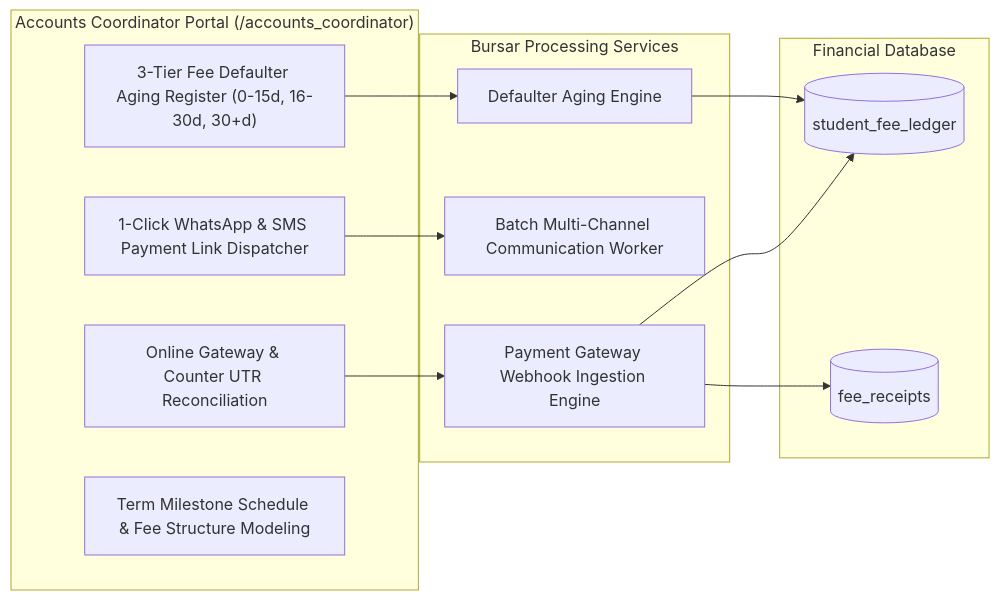
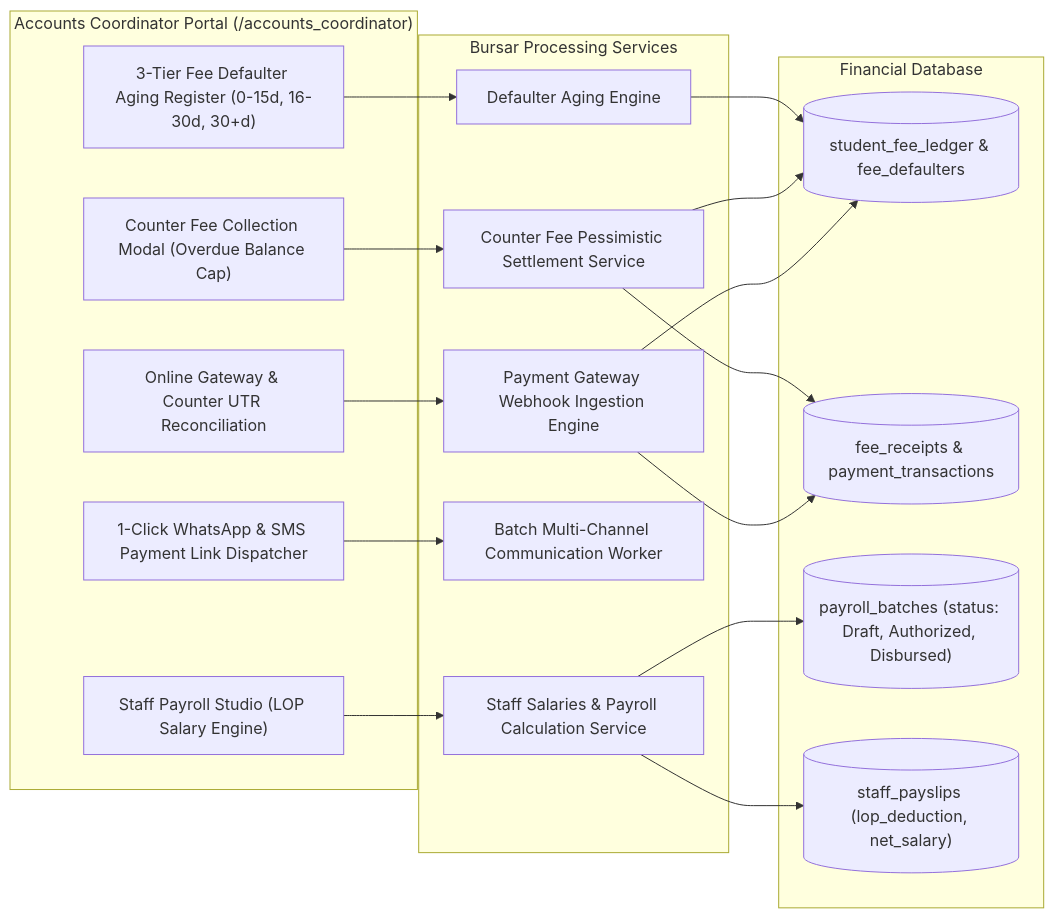
Before and after one commit to DiradzProducts/EDU360: diagram 15 of 19 in docs/architecture/ROLE_WISE_ARCHITECTURE_AND_WORKFLOWS.md, drawn with Mermaid. The commit also changed other lines of this file and 6 other files, not shown here.

Commit message:
docs(architecture): synchronize role-wise workflows with payroll LOP, batch exam schedules, and clock engine (v8.5)

````diff
--- a/docs/architecture/ROLE_WISE_ARCHITECTURE_AND_WORKFLOWS.md
+++ b/docs/architecture/ROLE_WISE_ARCHITECTURE_AND_WORKFLOWS.md
@@ -557,24 +617,31 @@
 ```mermaid
 graph LR
     subgraph AccountsConsole ["Accounts Coordinator Portal (/accounts_coordinator)"]
         UI_AGING_GRID["3-Tier Fee Defaulter Aging Register (0-15d, 16-30d, 30+d)"]
+        UI_COUNTER_POS["Counter Fee Collection Modal (Overdue Balance Cap)"]
+        UI_PAYROLL_STUDIO["Staff Payroll Studio (LOP Salary Engine)"]
         UI_DISPATCH["1-Click WhatsApp & SMS Payment Link Dispatcher"]
         UI_RECON["Online Gateway & Counter UTR Reconciliation"]
-        UI_MILESTONES["Term Milestone Schedule & Fee Structure Modeling"]
     end
 
     subgraph AccountsEngines ["Bursar Processing Services"]
         AGING_CALC["Defaulter Aging Engine"]
+        PAYROLL_ENG["Staff Salaries & Payroll Calculation Service"]
+        COUNTER_COLLECT["Counter Fee Pessimistic Settlement Service"]
         BROADCAST_SVC["Batch Multi-Channel Communication Worker"]
         GATEWAY_RECON["Payment Gateway Webhook Ingestion Engine"]
     end
 
     subgraph AccountsLedgers ["Financial Database"]
-        DB_FEE_LEDGER[("student_fee_ledger")]
-        DB_RECEIPTS[("fee_receipts")]
+        DB_FEE_LEDGER[("student_fee_ledger & fee_defaulters")]
+        DB_RECEIPTS[("fee_receipts & payment_transactions")]
+        DB_PAYROLL_BATCH[("payroll_batches (status: Draft, Authorized, Disbursed)")]
+        DB_PAYSLIPS[("staff_payslips (lop_deduction, net_salary)")]
     end
 
     UI_AGING_GRID --> AGING_CALC --> DB_FEE_LEDGER
+    UI_COUNTER_POS --> COUNTER_COLLECT --> DB_FEE_LEDGER & DB_RECEIPTS
+    UI_PAYROLL_STUDIO --> PAYROLL_ENG --> DB_PAYROLL_BATCH & DB_PAYSLIPS
     UI_DISPATCH --> BROADCAST_SVC
     UI_RECON --> GATEWAY_RECON --> DB_FEE_LEDGER & DB_RECEIPTS
 ```
````
